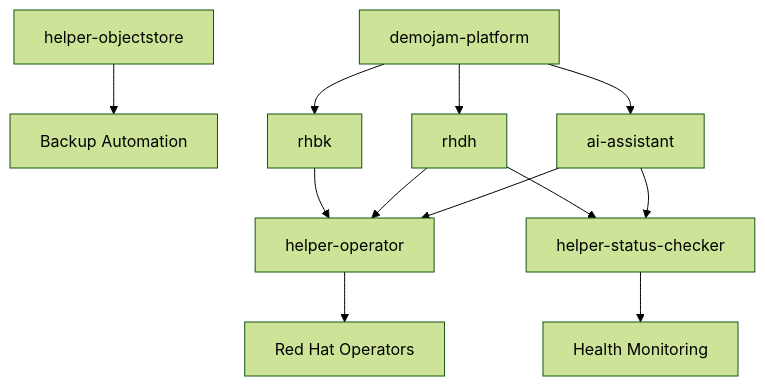
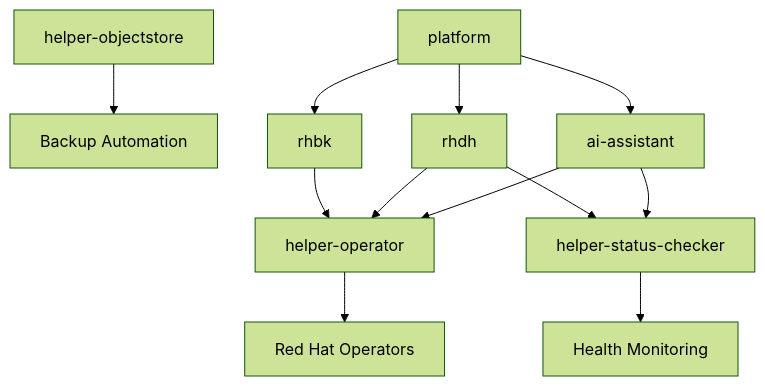
Before and after one commit to jeanlopezxyz/helm-charts: the diagram in README.md, drawn with Mermaid (forest theme). The commit also changed other lines of this file and 3 other files, not shown here.

Commit message:
fix: remove all remaining DemoJam references and non-existent charts

````diff
--- a/README.md
+++ b/README.md
@@ -104,16 +101,16 @@
 ```mermaid
 graph TD
     A[helper-operator] --> B[Red Hat Operators]
     C[helper-status-checker] --> D[Health Monitoring]
     E[helper-objectstore] --> F[Backup Automation]
     
     G[ai-assistant] --> A
     G --> C
     H[rhdh] --> A
     H --> C
     I[rhbk] --> A
     
-    J[demojam-platform] --> G
+    J[platform] --> G
     J --> H
     J --> I
 ```
````
